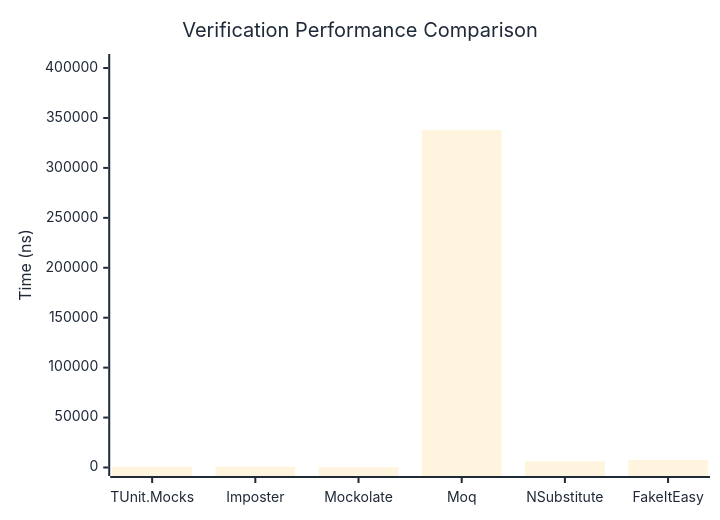
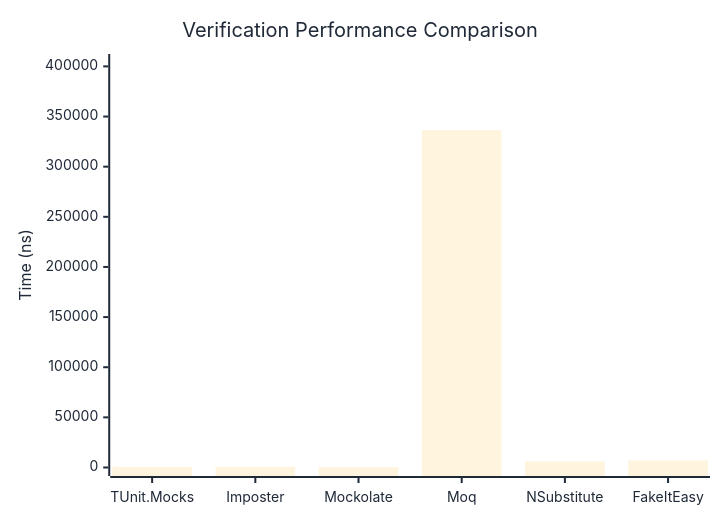
The first of 3 diagrams in docs/docs/benchmarks/mocks/Verification.md (weiyilai/TUnit), drawn with Mermaid before and after one commit. The commit also changed other lines of this file and 14 other files, not shown here.

````diff
--- a/docs/docs/benchmarks/mocks/Verification.md
+++ b/docs/docs/benchmarks/mocks/Verification.md
@@ -28,27 +28,27 @@
 ```mermaid
 %%{init: {
   'theme':'base',
   'themeVariables': {
     'primaryColor': '#2563eb',
     'primaryTextColor': '#1f2937',
     'primaryBorderColor': '#1e40af',
     'lineColor': '#6b7280',
     'secondaryColor': '#7c3aed',
     'tertiaryColor': '#dc2626',
     'background': '#ffffff',
     'pie1': '#2563eb',
     'pie2': '#7c3aed',
     'pie3': '#dc2626',
     'pie4': '#f59e0b',
     'pie5': '#10b981',
     'pie6': '#06b6d4',
     'pie7': '#ec4899',
     'pie8': '#6366f1'
   }
 }}%%
 xychart-beta
   title "Verification Performance Comparison"
   x-axis ["TUnit.Mocks", "Imposter", "Mockolate", "Moq", "NSubstitute", "FakeItEasy"]
-  y-axis "Time (ns)" 0 --> 405550
-  bar [642.77, 836.56, 405.43, 337957.52, 6215.39, 7463.26]
+  y-axis "Time (ns)" 0 --> 403878
+  bar [650.23, 678.46, 390.63, 336564.76, 6141.24, 7042.11]
 ```
````
